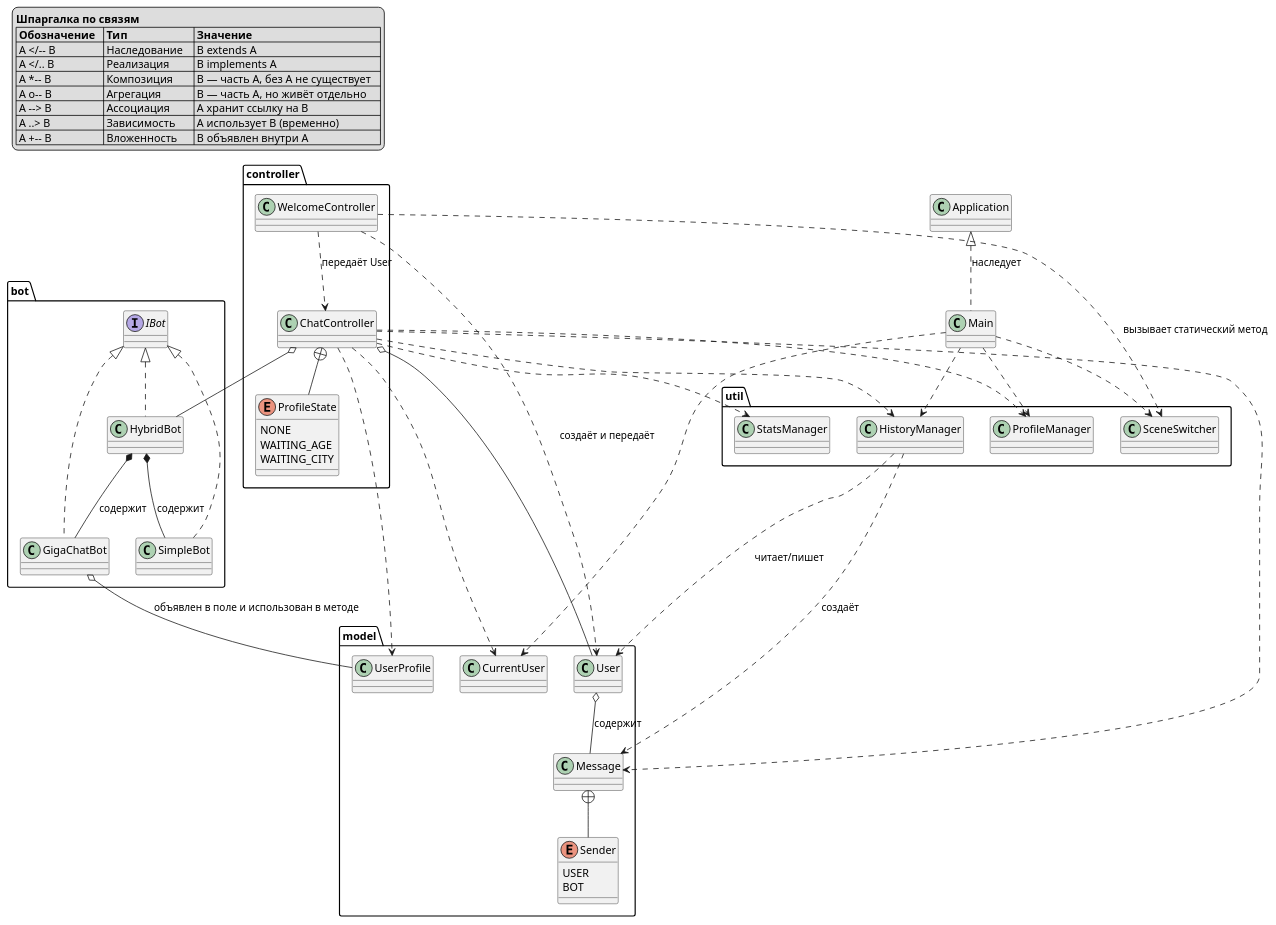
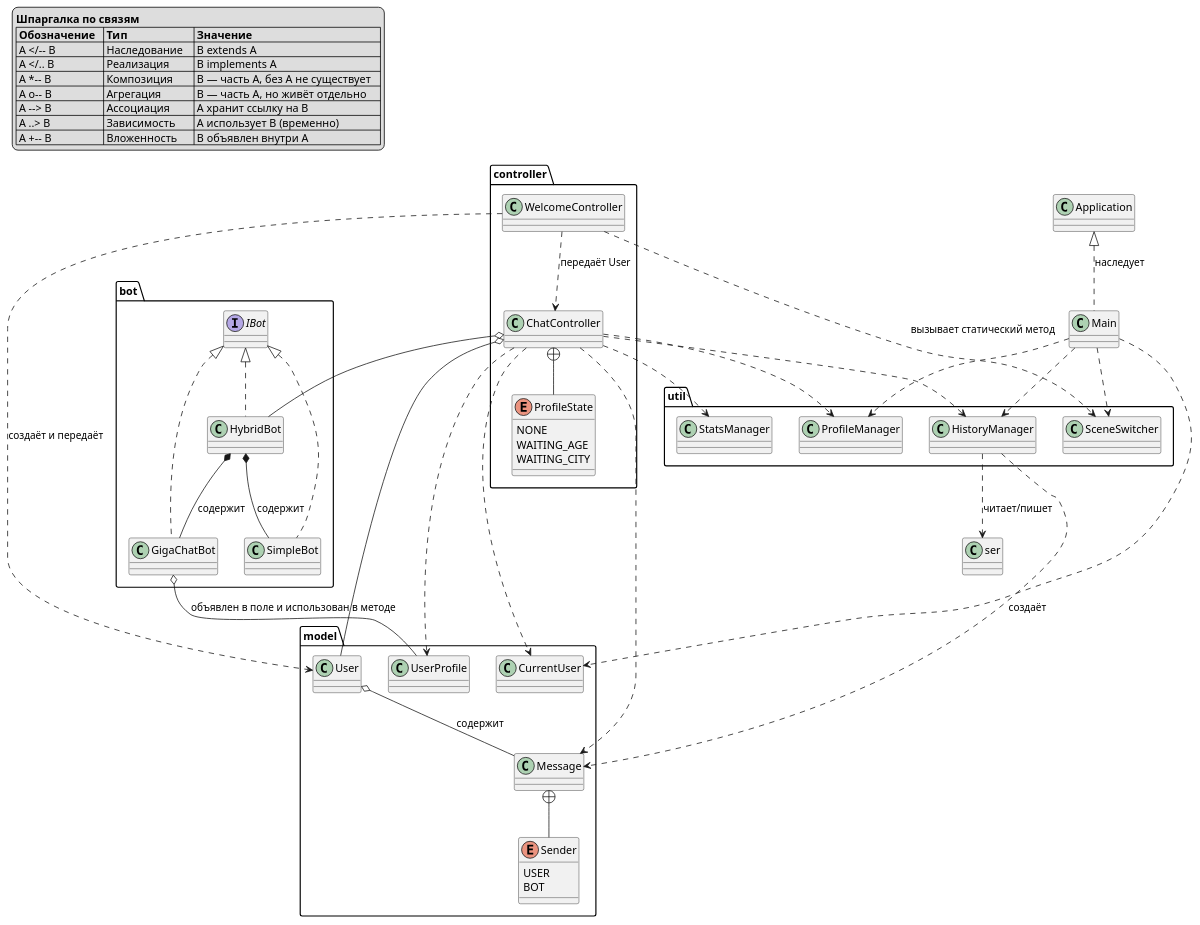
One commit to Ondosh/OOP-tasks changed the diagram in new_tasks/2 task/1_puml.puml. Above: the diagram before and after it, drawn with PlantUML.

```diff
--- a/new_tasks/2 task/1_puml.puml
+++ b/new_tasks/2 task/1_puml.puml
@@ -2,91 +2,91 @@
 @startuml
 
 legend top left
   <b>Шпаргалка по связям</b>
   |= Обозначение   |= Тип            |= Значение                          |
   | A </-- B       | Наследование    | B extends A                        |
   | A </.. B       | Реализация      | B implements A                     |
   | A *-- B        | Композиция      | B — часть A, без A не существует   |
   | A o-- B        | Агрегация       | B — часть A, но живёт отдельно     |
   | A --> B        | Ассоциация      | A хранит ссылку на B               |
   | A ..> B        | Зависимость     | A использует B (временно)          |
   | A +-- B        | Вложенность     | B объявлен внутри A                |
 endlegend
 
 package "bot" {
     interface IBot
     class GigaChatBot
     class HybridBot
     class SimpleBot
 
     IBot <|.. GigaChatBot
     IBot <|.. HybridBot
     IBot <|.. SimpleBot
 
     HybridBot *-- GigaChatBot : содержит
     HybridBot *-- SimpleBot   : содержит
 }
 
 package "controller" {
     class ChatController
     class WelcomeController
 
     WelcomeController ..> ChatController : передаёт User
 
     enum ProfileState {
     NONE
     WAITING_AGE
     WAITING_CITY
     }
 
     ChatController +-- ProfileState
 }
 
 package "model" {
     class User
     class Message
     class UserProfile
     class CurrentUser
 
     enum Sender {
         USER
         BOT
     }
 
     Message +-- Sender
     User    o-- Message : содержит
 }
 
 package "util" {
     class HistoryManager
     class ProfileManager
     class SceneSwitcher
     class StatsManager
 }
 
 WelcomeController ..> User : создаёт и передаёт
 WelcomeController ..> SceneSwitcher : вызывает статический метод
 
 GigaChatBot o-- UserProfile : объявлен в поле и использован в методе
 
-HistoryManager ..> User    : читает/пишет
+HistoryManager ..> ser    : читает/пишет
 HistoryManager ..> Message : создаёт
 
 ChatController ..> Message
 ChatController o-- User
 ChatController o-- HybridBot
 ChatController ..> CurrentUser
 ChatController ..> UserProfile
 ChatController ..> HistoryManager
 ChatController ..> StatsManager
 ChatController ..> ProfileManager
 
 class Application
 class Main
 
 Application <|.. Main : наследует
 Main ..> CurrentUser
 Main ..> SceneSwitcher
 Main ..> HistoryManager
 Main ..> ProfileManager
 @enduml
```
